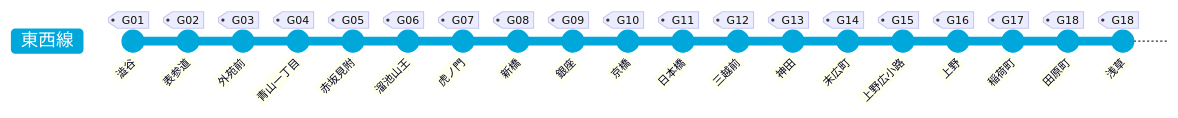
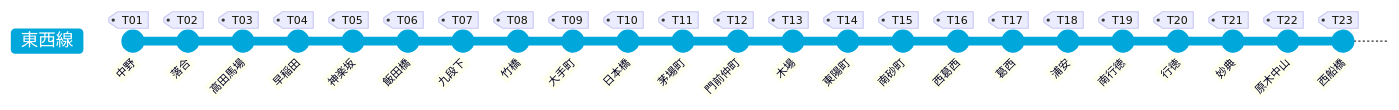
The diagram in 04_TozaiLine.md (k-haruaki/tokyo-metro), drawn with Mermaid before and after one commit. The commit also changed 1 other file, not shown here.

Commit message:
東西線の作成

````diff
--- a/04_TozaiLine.md
+++ b/04_TozaiLine.md
@@ -1,23 +1,27 @@
 ```mermaid
 %%{ init: { 'themeVariables': { 'git0': '#00a7db' },'gitGraph':{'mainBranchName': '東西線'} } }%%
 gitGraph
-    commit id: "澁谷" tag: "G01"
-    commit id: "表参道" tag: "G02"
-    commit id: "外苑前" tag: "G03"
-    commit id: "青山一丁目" tag: "G04"
-    commit id: "赤坂見附" tag: "G05"
-    commit id: "溜池山王" tag: "G06"
-    commit id: "虎ノ門" tag: "G07"
-    commit id: "新橋" tag: "G08"
-    commit id: "銀座" tag: "G09"
-    commit id: "京橋" tag: "G10"
-    commit id: "日本橋" tag: "G11"
-    commit id: "三越前" tag: "G12"
-    commit id: "神田" tag: "G13"
-    commit id: "末広町" tag: "G14"
-    commit id: "上野広小路" tag: "G15"
-    commit id: "上野" tag: "G16"
-    commit id: "稲荷町" tag: "G17"
-    commit id: "田原町" tag: "G18"
-    commit id: "浅草" tag: "G18"
+    commit id: "中野" tag: "T01"
+    commit id: "落合" tag: "T02"
+    commit id: "高田馬場" tag: "T03"
+    commit id: "早稲田" tag: "T04"
+    commit id: "神楽坂" tag: "T05"
+    commit id: "飯田橋" tag: "T06"
+    commit id: "九段下" tag: "T07"
+    commit id: "竹橋" tag: "T08"
+    commit id: "大手町" tag: "T09"
+    commit id: "日本橋" tag: "T10"
+    commit id: "茅場町" tag: "T11"
+    commit id: "門前仲町" tag: "T12"
+    commit id: "木場" tag: "T13"
+    commit id: "東陽町" tag: "T14"
+    commit id: "南砂町" tag: "T15"
+    commit id: "西葛西" tag: "T16"
+    commit id: "葛西" tag: "T17"
+    commit id: "浦安" tag: "T18"
+    commit id: "南行徳" tag: "T19"
+    commit id: "行徳" tag: "T20"
+    commit id: "妙典" tag: "T21"
+    commit id: "原木中山" tag: "T22"
+    commit id: "西船橋" tag: "T23"
 ```
````
